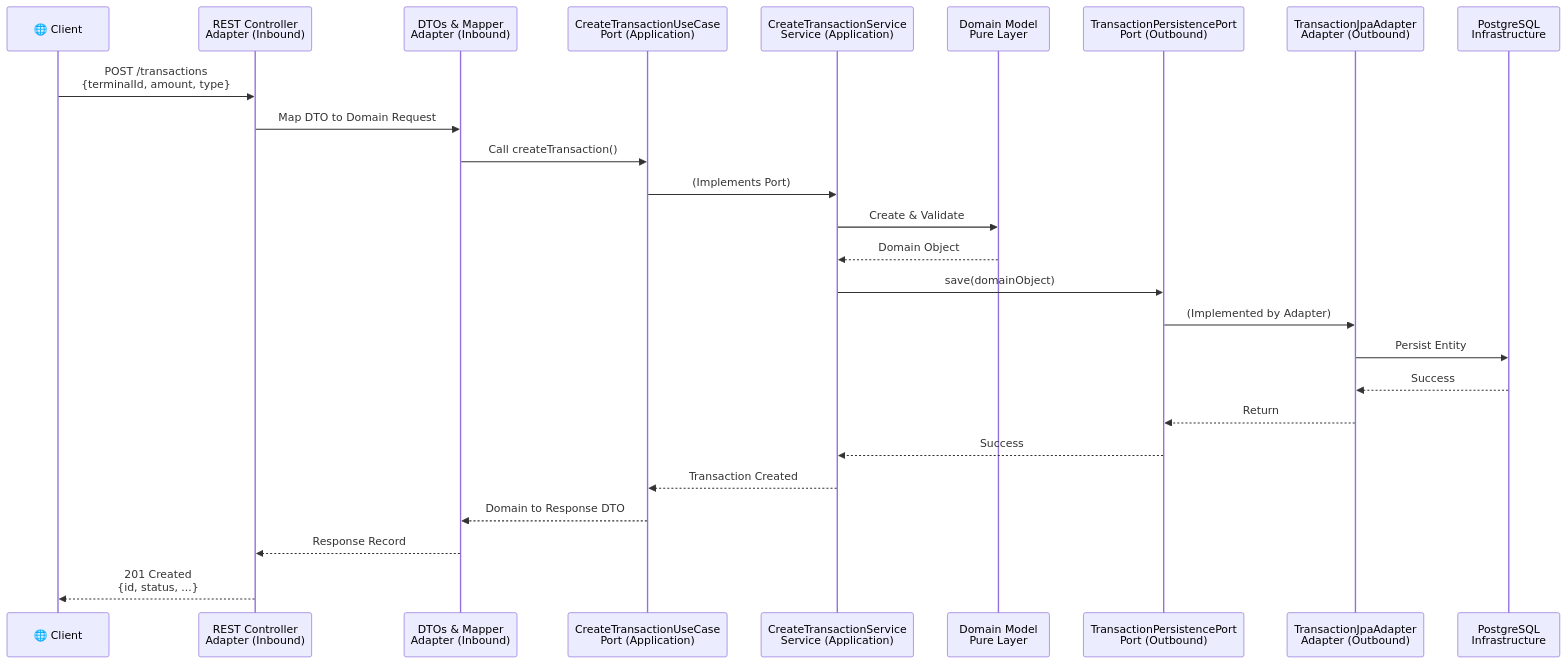
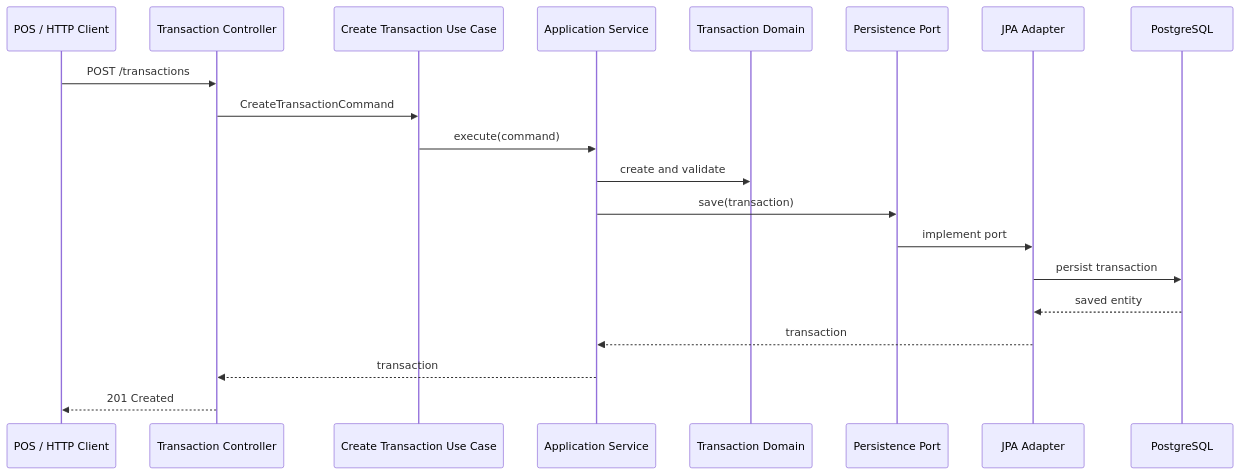
The second of 2 diagrams in docs/hexagonal-architecture.md (LucasBrovetto/financial-integration-platform), drawn with Mermaid before and after one commit. The commit also changed other lines of this file and 4 other files, not shown here.

Commit message:
docs(architecture): simplify portfolio architecture diagrams

````diff
--- a/docs/hexagonal-architecture.md
+++ b/docs/hexagonal-architecture.md
@@ -161,29 +56,23 @@
 ```mermaid
 sequenceDiagram
-    participant Client as 🌐 Client
-    participant Controller as REST Controller<br/>Adapter (Inbound)
-    participant Mapper as DTOs & Mapper<br/>Adapter (Inbound)
-    participant UseCase as CreateTransactionUseCase<br/>Port (Application)
-    participant Service as CreateTransactionService<br/>Service (Application)
-    participant Domain as Domain Model<br/>Pure Layer
-    participant PersistPort as TransactionPersistencePort<br/>Port (Outbound)
-    participant JpaAdapter as TransactionJpaAdapter<br/>Adapter (Outbound)
-    participant DB as PostgreSQL<br/>Infrastructure
+    participant POS as POS / HTTP Client
+    participant Controller as Transaction Controller
+    participant UseCase as Create Transaction Use Case
+    participant Service as Application Service
+    participant Domain as Transaction Domain
+    participant Port as Persistence Port
+    participant Adapter as JPA Adapter
+    participant DB as PostgreSQL
 
-    Client->>Controller: POST /transactions<br/>{terminalId, amount, type}
-    Controller->>Mapper: Map DTO to Domain Request
-    Mapper->>UseCase: Call createTransaction()
-    UseCase->>Service: (Implements Port)
-    Service->>Domain: Create & Validate
-    Domain-->>Service: Domain Object
-    Service->>PersistPort: save(domainObject)
-    PersistPort->>JpaAdapter: (Implemented by Adapter)
-    JpaAdapter->>DB: Persist Entity
-    DB-->>JpaAdapter: Success
-    JpaAdapter-->>PersistPort: Return
-    PersistPort-->>Service: Success
-    Service-->>UseCase: Transaction Created
-    UseCase-->>Mapper: Domain to Response DTO
-    Mapper-->>Controller: Response Record
-    Controller-->>Client: 201 Created<br/>{id, status, ...}
+    POS->>Controller: POST /transactions
+    Controller->>UseCase: CreateTransactionCommand
+    UseCase->>Service: execute(command)
+    Service->>Domain: create and validate
+    Service->>Port: save(transaction)
+    Port->>Adapter: implement port
+    Adapter->>DB: persist transaction
+    DB-->>Adapter: saved entity
+    Adapter-->>Service: transaction
+    Service-->>Controller: transaction
+    Controller-->>POS: 201 Created
 ```
````
